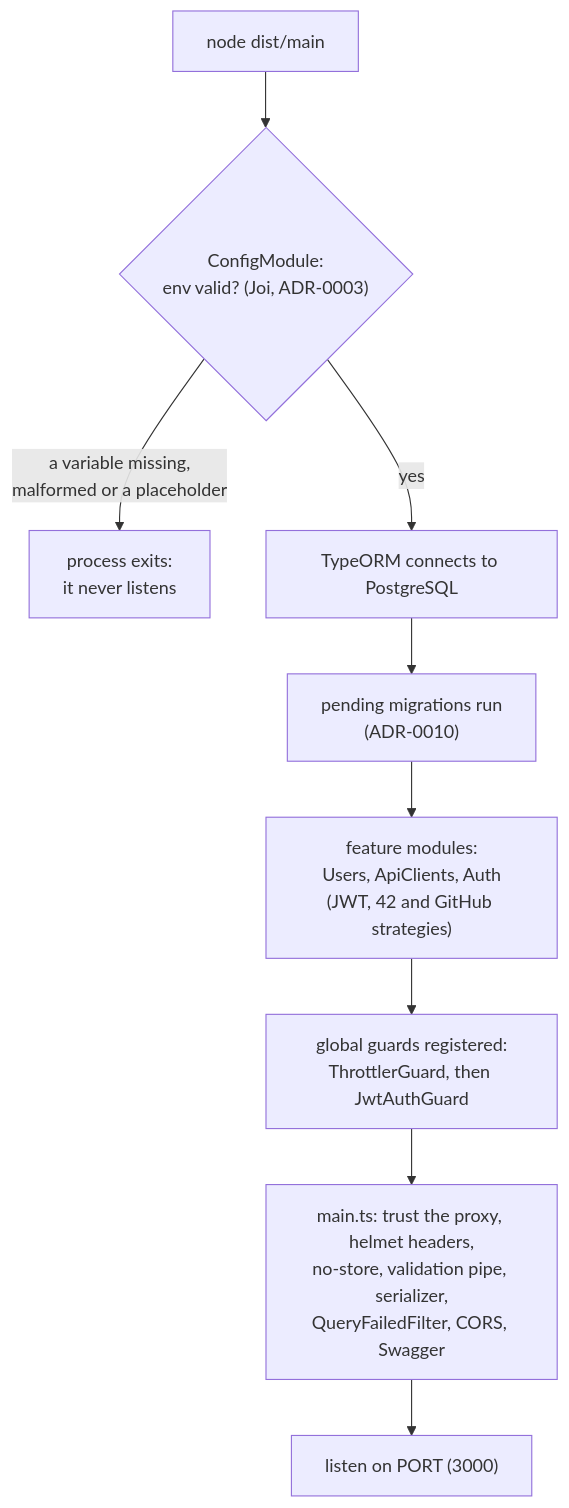
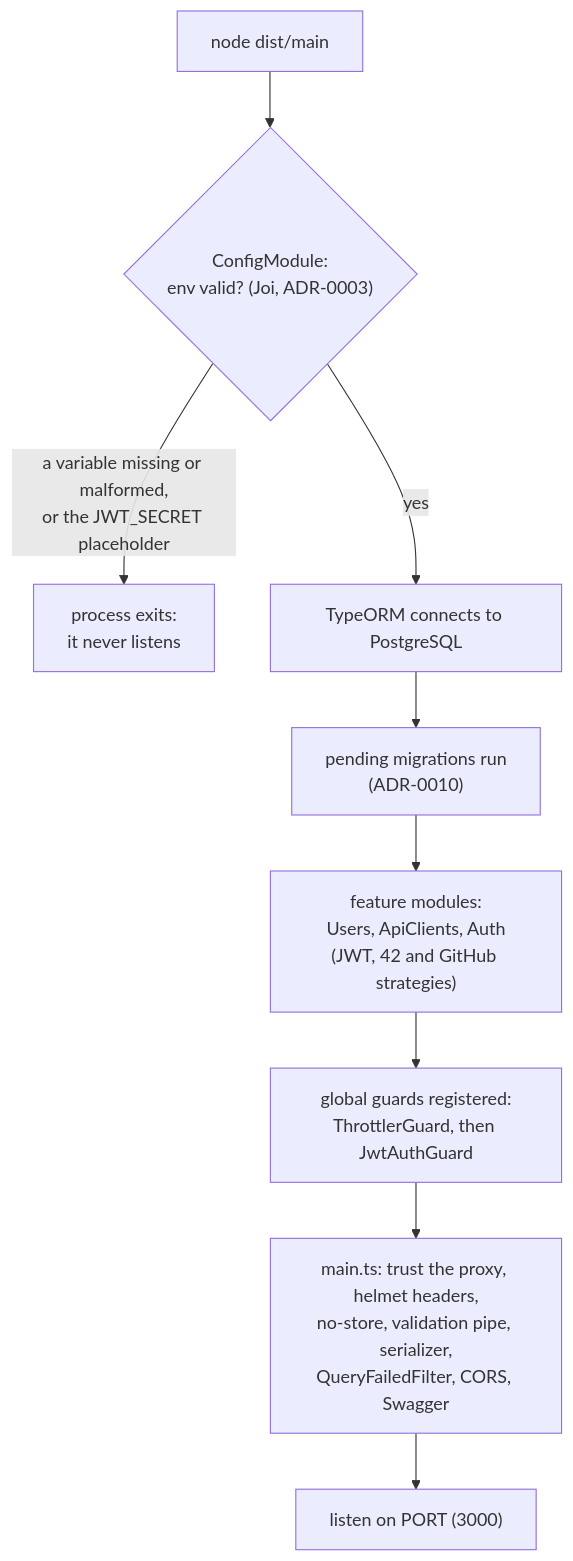
Before and after one commit to kidp8479/42_hypertube: the first of 2 diagrams in docs/diagrams/backend.md, drawn with Mermaid. The commit also changed other lines of this file and 3 other files, not shown here.

First line of the commit message:
docs(HYP-59): only the JWT_SECRET placeholder stops the boot

````diff
--- a/docs/diagrams/backend.md
+++ b/docs/diagrams/backend.md
@@ -10,11 +10,11 @@
 ```mermaid
 flowchart TD
     start["node dist/main"] --> env{"ConfigModule:<br/>env valid? (Joi, ADR-0003)"}
-    env -- "a variable missing,<br/>malformed or a placeholder" --> stop["process exits:<br/>it never listens"]
+    env -- "a variable missing or malformed,<br/>or the JWT_SECRET placeholder" --> stop["process exits:<br/>it never listens"]
     env -- yes --> db["TypeORM connects to PostgreSQL"]
     db --> mig["pending migrations run<br/>(ADR-0010)"]
     mig --> mods["feature modules:<br/>Users, ApiClients, Auth<br/>(JWT, 42 and GitHub strategies)"]
     mods --> guards["global guards registered:<br/>ThrottlerGuard, then JwtAuthGuard"]
     guards --> app["main.ts: trust the proxy, helmet headers,<br/>no-store, validation pipe, serializer,<br/>QueryFailedFilter, CORS, Swagger"]
     app --> listen["listen on PORT (3000)"]
 ```
````
